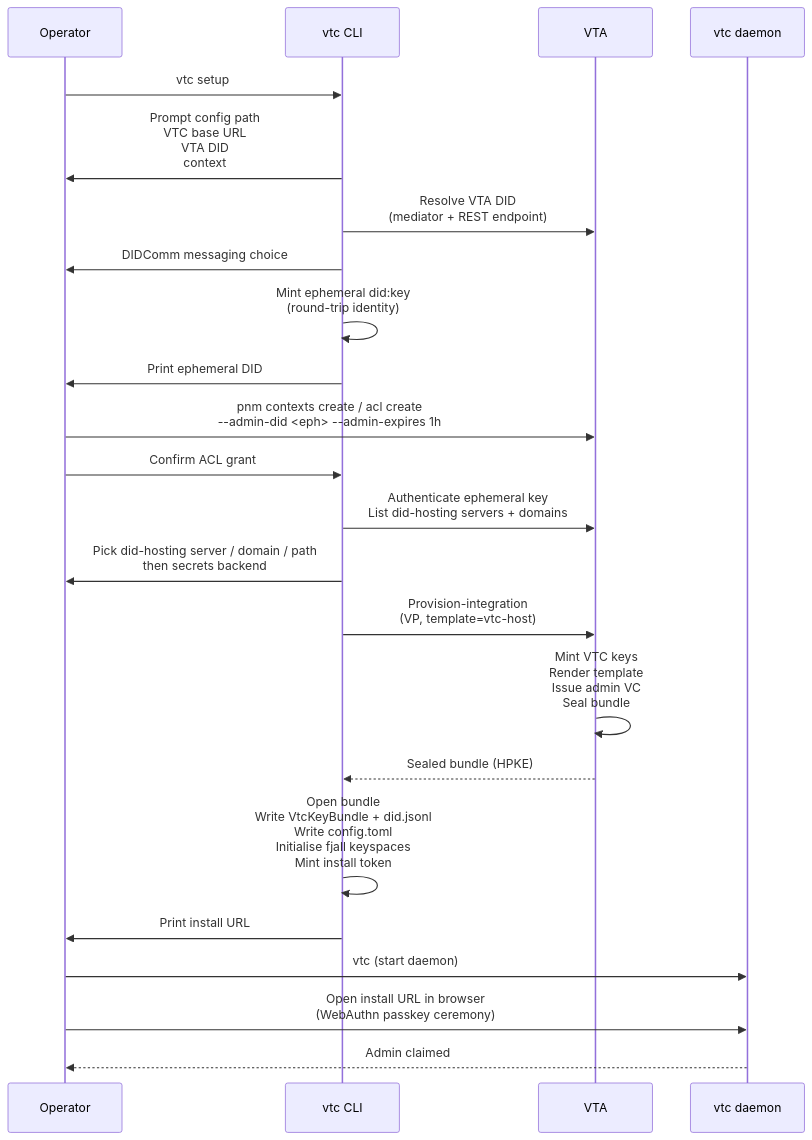
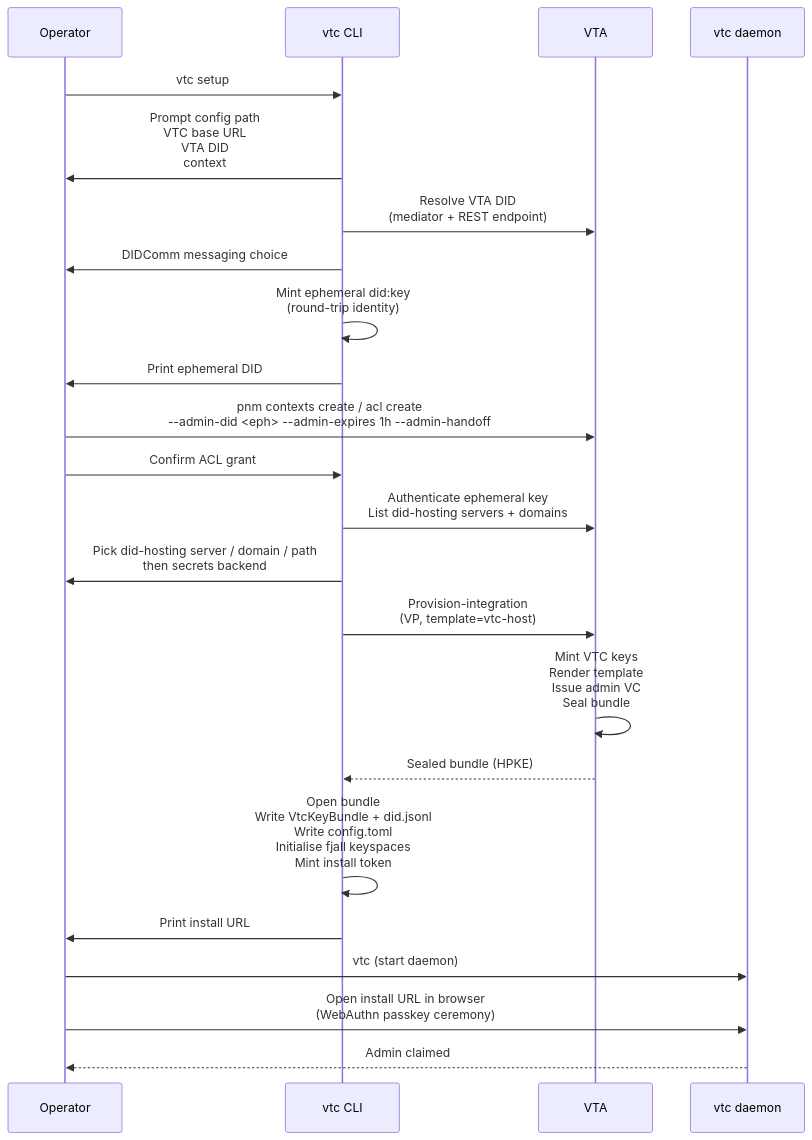
One commit to OpenVTC/verifiable-trust-infrastructure changed the second of 2 diagrams in docs/03-vtc/getting-started.md. Above: the diagram before and after it, drawn with Mermaid. The commit also changed other lines of this file and 24 other files, not shown here.

````diff
--- a/docs/03-vtc/getting-started.md
+++ b/docs/03-vtc/getting-started.md
@@ -54,26 +54,26 @@
 ```mermaid
 sequenceDiagram
     participant Op as Operator
     participant CLI as vtc CLI
     participant VTA as VTA
     participant VTC as vtc daemon
 
     Op->>CLI: vtc setup
     CLI->>Op: Prompt config path<br/>VTC base URL<br/>VTA DID<br/>context
     CLI->>VTA: Resolve VTA DID<br/>(mediator + REST endpoint)
     CLI->>Op: DIDComm messaging choice
     CLI->>CLI: Mint ephemeral did:key<br/>(round-trip identity)
     CLI->>Op: Print ephemeral DID
-    Op->>VTA: pnm contexts create / acl create<br/>--admin-did <eph> --admin-expires 1h
+    Op->>VTA: pnm contexts create / acl create<br/>--admin-did <eph> --admin-expires 1h --admin-handoff
     Op->>CLI: Confirm ACL grant
     CLI->>VTA: Authenticate ephemeral key<br/>List did-hosting servers + domains
     CLI->>Op: Pick did-hosting server / domain / path<br/>then secrets backend
     CLI->>VTA: Provision-integration<br/>(VP, template=vtc-host)
     VTA->>VTA: Mint VTC keys<br/>Render template<br/>Issue admin VC<br/>Seal bundle
     VTA-->>CLI: Sealed bundle (HPKE)
     CLI->>CLI: Open bundle<br/>Write VtcKeyBundle + did.jsonl<br/>Write config.toml<br/>Initialise fjall keyspaces<br/>Mint install token
     CLI->>Op: Print install URL
     Op->>VTC: vtc (start daemon)
     Op->>VTC: Open install URL in browser<br/>(WebAuthn passkey ceremony)
     VTC-->>Op: Admin claimed
 ```
````
